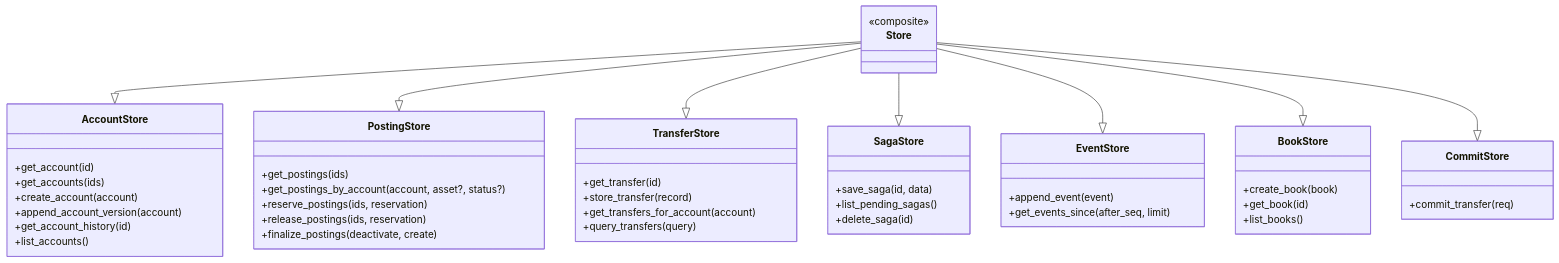
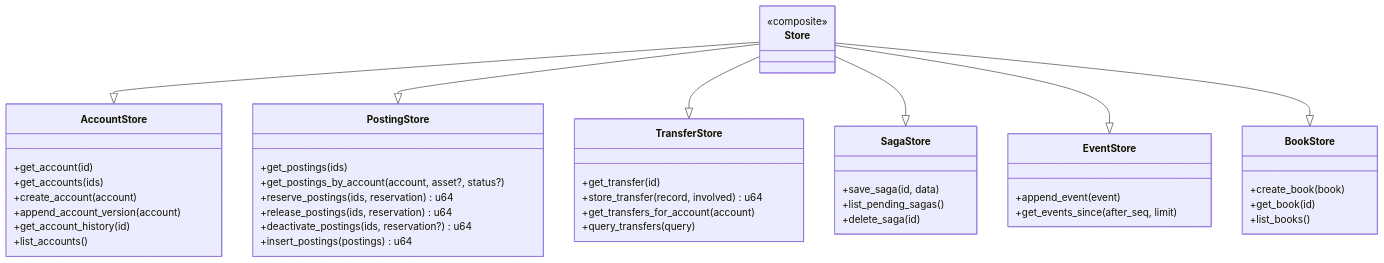
One commit to crodas/kuatia changed the second of 6 diagrams in doc/architecture.md. Above: the diagram before and after it, drawn with Mermaid. The commit also changed other lines of this file and 27 other files, not shown here.

````diff
--- a/doc/architecture.md
+++ b/doc/architecture.md
@@ -43,51 +43,48 @@
 ```mermaid
 classDiagram
     class AccountStore {
         +get_account(id)
         +get_accounts(ids)
         +create_account(account)
         +append_account_version(account)
         +get_account_history(id)
         +list_accounts()
     }
     class PostingStore {
         +get_postings(ids)
         +get_postings_by_account(account, asset?, status?)
-        +reserve_postings(ids, reservation)
-        +release_postings(ids, reservation)
-        +finalize_postings(deactivate, create)
+        +reserve_postings(ids, reservation) u64
+        +release_postings(ids, reservation) u64
+        +deactivate_postings(ids, reservation?) u64
+        +insert_postings(postings) u64
     }
     class TransferStore {
         +get_transfer(id)
-        +store_transfer(record)
+        +store_transfer(record, involved) u64
         +get_transfers_for_account(account)
         +query_transfers(query)
     }
     class SagaStore {
         +save_saga(id, data)
         +list_pending_sagas()
         +delete_saga(id)
     }
     class EventStore {
         +append_event(event)
         +get_events_since(after_seq, limit)
     }
     class BookStore {
         +create_book(book)
         +get_book(id)
         +list_books()
     }
-    class CommitStore {
-        +commit_transfer(req)
-    }
     class Store {
         <<composite>>
     }
     Store --|> AccountStore
     Store --|> PostingStore
     Store --|> TransferStore
     Store --|> SagaStore
     Store --|> EventStore
     Store --|> BookStore
-    Store --|> CommitStore
 ```
````
